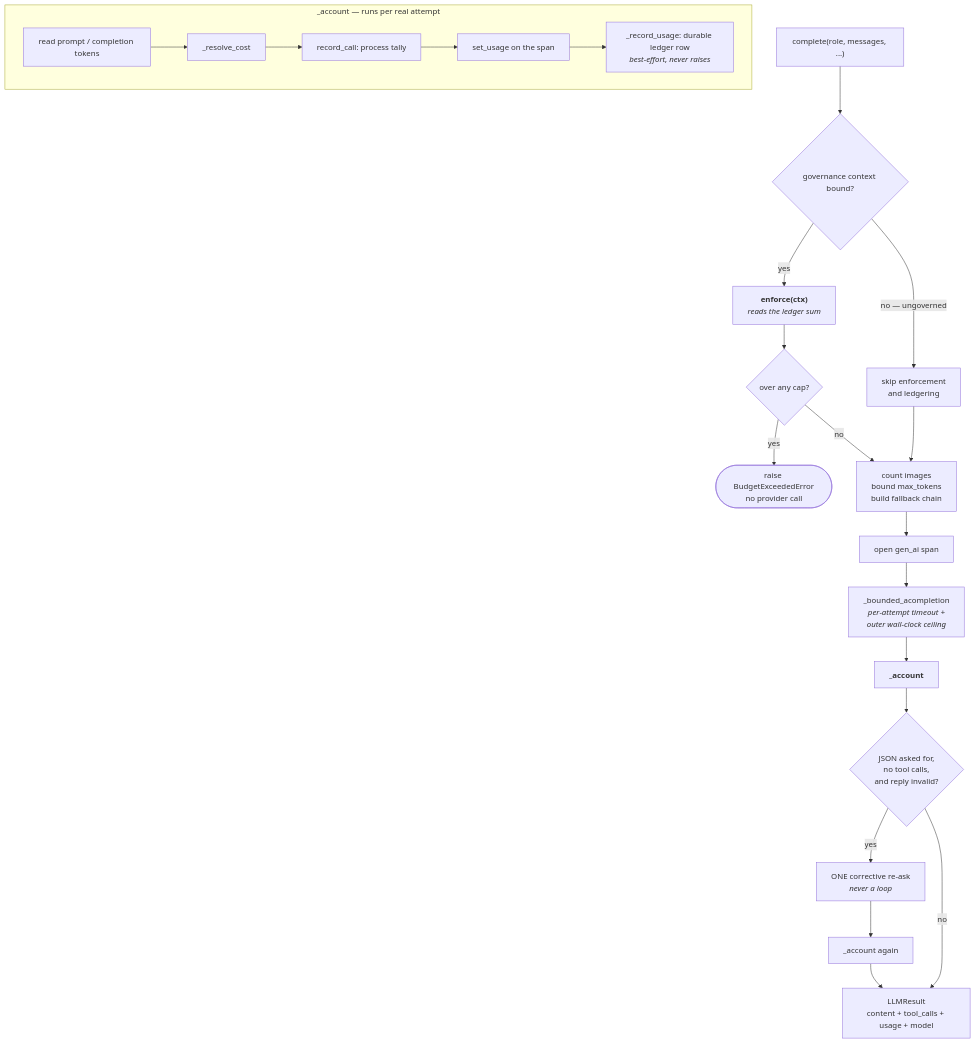
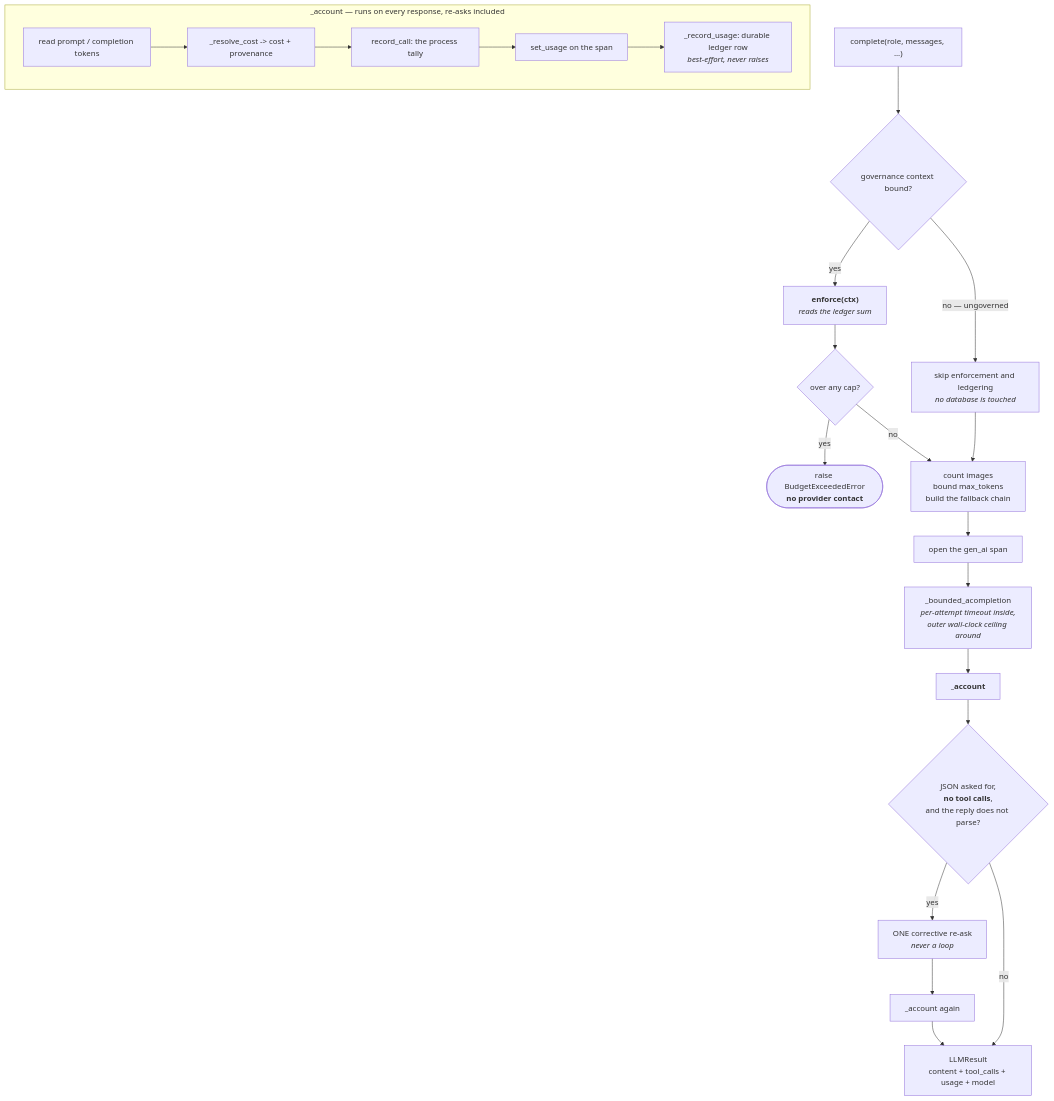
One commit to yrevash/aegis changed the second of 5 diagrams in docs/teaching/gateway/40-diagrams.md. Above: the diagram before and after it, drawn with Mermaid. The commit also changed other lines of this file and 111 other files, not shown here.

````diff
--- a/docs/teaching/gateway/40-diagrams.md
+++ b/docs/teaching/gateway/40-diagrams.md
@@ -47,30 +54,30 @@
 ```mermaid
 flowchart TB
     START["complete(role, messages, ...)"] --> CTX{"governance context bound?"}
-    CTX -->|"no — ungoverned"| SKIP["skip enforcement<br/>and ledgering"]
+    CTX -->|"no — ungoverned"| SKIP["skip enforcement and ledgering<br/><i>no database is touched</i>"]
     CTX -->|yes| ENF["<b>enforce(ctx)</b><br/><i>reads the ledger sum</i>"]
 
     ENF --> OVER{"over any cap?"}
-    OVER -->|yes| RAISE([raise BudgetExceededError<br/>no provider call])
+    OVER -->|yes| RAISE(["raise BudgetExceededError<br/><b>no provider contact</b>"])
     OVER -->|no| PREP
 
-    SKIP --> PREP["count images<br/>bound max_tokens<br/>build fallback chain"]
+    SKIP --> PREP["count images<br/>bound max_tokens<br/>build the fallback chain"]
 
-    PREP --> SPAN["open gen_ai span"]
-    SPAN --> CALL["_bounded_acompletion<br/><i>per-attempt timeout +<br/>outer wall-clock ceiling</i>"]
+    PREP --> SPAN["open the gen_ai span"]
+    SPAN --> CALL["_bounded_acompletion<br/><i>per-attempt timeout inside,<br/>outer wall-clock ceiling around</i>"]
 
     CALL --> ACC["<b>_account</b>"]
 
-    subgraph ACCOUNT["_account — runs per real attempt"]
-        A1["read prompt / completion tokens"] --> A2["_resolve_cost"]
-        A2 --> A3["record_call: process tally"]
+    subgraph ACCOUNT["_account — runs on every response, re-asks included"]
+        A1["read prompt / completion tokens"] --> A2["_resolve_cost -> cost + provenance"]
+        A2 --> A3["record_call: the process tally"]
         A3 --> A4["set_usage on the span"]
         A4 --> A5["_record_usage: durable ledger row<br/><i>best-effort, never raises</i>"]
     end
 
-    ACC --> JSON{"JSON asked for,<br/>no tool calls,<br/>and reply invalid?"}
+    ACC --> JSON{"JSON asked for,<br/><b>no tool calls</b>,<br/>and the reply does not parse?"}
     JSON -->|yes| REASK["ONE corrective re-ask<br/><i>never a loop</i>"]
     REASK --> ACC2["_account again"]
     ACC2 --> OUT
     JSON -->|no| OUT["LLMResult<br/>content + tool_calls + usage + model"]
 ```
````
